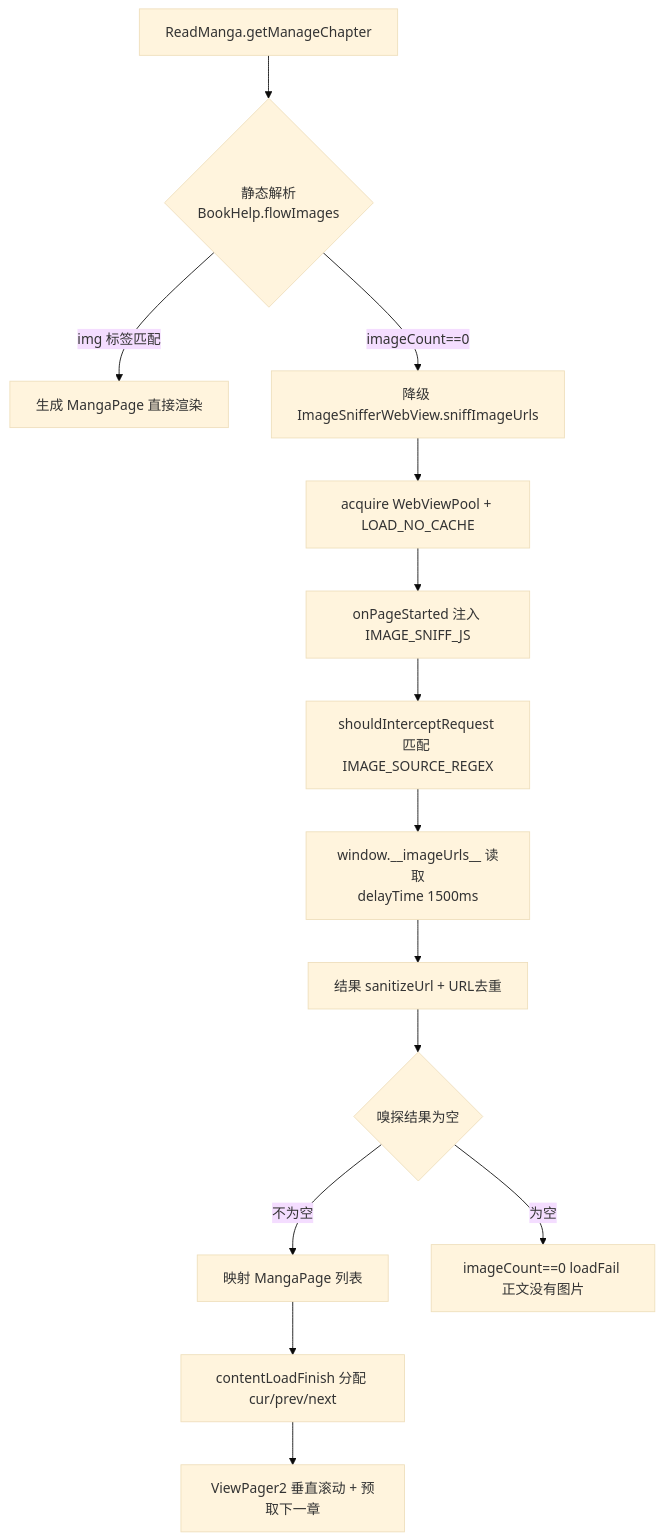
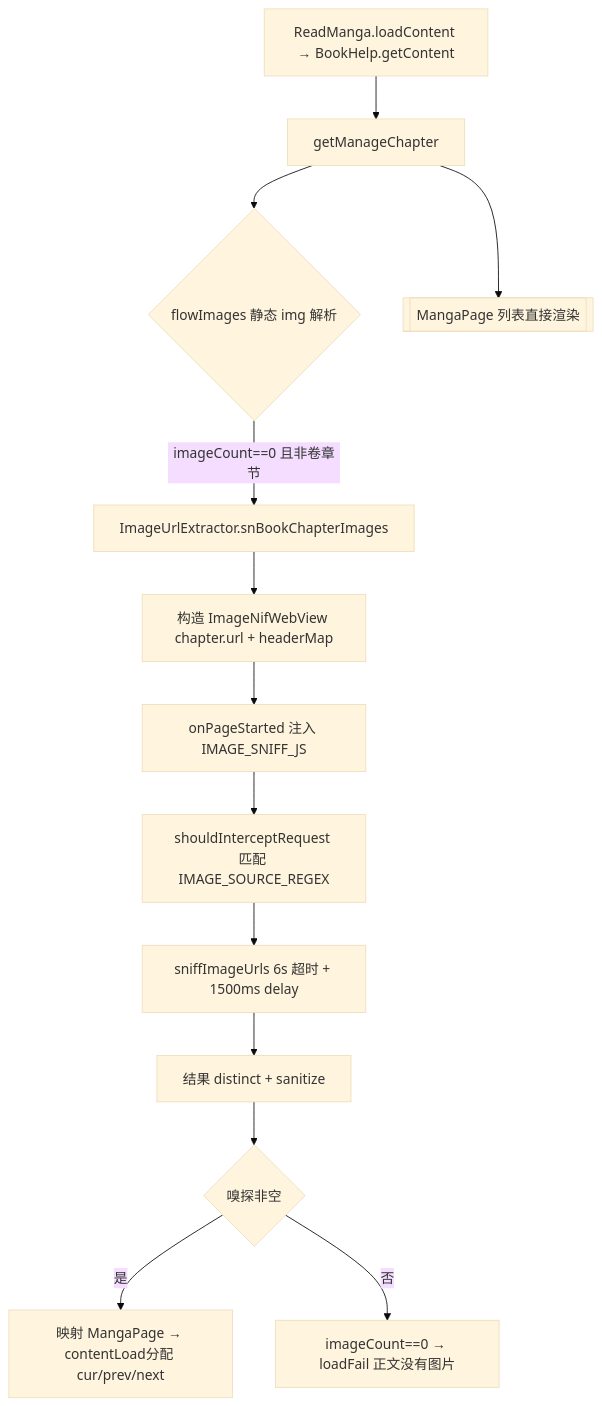
Before and after one commit to legado-backup/legado-m: the first of 3 diagrams in docs/specs/sniff-migration-booksource/design.md, drawn with Mermaid (base theme). The commit also changed other lines of this file and 12 other files, not shown here.

````diff
--- a/docs/specs/sniff-migration-booksource/design.md
+++ b/docs/specs/sniff-migration-booksource/design.md
@@ -225,16 +251,15 @@
 ```mermaid
 flowchart TD
-    A[ReadManga.getManageChapter] --> B{静态解析<br/>BookHelp.flowImages}
-    B -->|img 标签匹配| C[生成 MangaPage 直接渲染]
-    B -->|imageCount==0| D[降级 ImageSnifferWebView.sniffImageUrls]
-    D --> E[acquire WebViewPool + LOAD_NO_CACHE]
-    E --> F[onPageStarted 注入 IMAGE_SNIFF_JS]
-    F --> G[shouldInterceptRequest 匹配 IMAGE_SOURCE_REGEX]
-    G --> H[window.__imageUrls__ 读取<br/>delayTime 1500ms]
-    H --> I[结果 sanitizeUrl + URL去重]
-    I --> J{嗅探结果为空}
-    J -->|不为空| K[映射 MangaPage 列表]
-    J -->|为空| L[imageCount==0 loadFail 正文没有图片]
-    K --> M[contentLoadFinish 分配 cur/prev/next]
-    M --> N[ViewPager2 垂直滚动 + 预取下一章]
+    A[ReadManga.loadContent → BookHelp.getContent] --> B[getManageChapter]
+    B --> C{flowImages 静态 img 解析}
+    B --> D[[MangaPage 列表直接渲染]]
+    C -->|imageCount==0 且非卷章节| E[ImageUrlExtractor.snBookChapterImages]
+    E --> F[构造 ImageNifWebView chapter.url + headerMap]
+    F --> G[onPageStarted 注入 IMAGE_SNIFF_JS]
+    G --> H[shouldInterceptRequest 匹配 IMAGE_SOURCE_REGEX]
+    H --> I[sniffImageUrls 6s 超时 + 1500ms delay]
+    I --> J[结果 distinct + sanitize]
+    J --> K{嗅探非空}
+    K -->|是| L[映射 MangaPage → contentLoad分配 cur/prev/next]
+    K -->|否| M[imageCount==0 → loadFail 正文没有图片]
 ```
````
